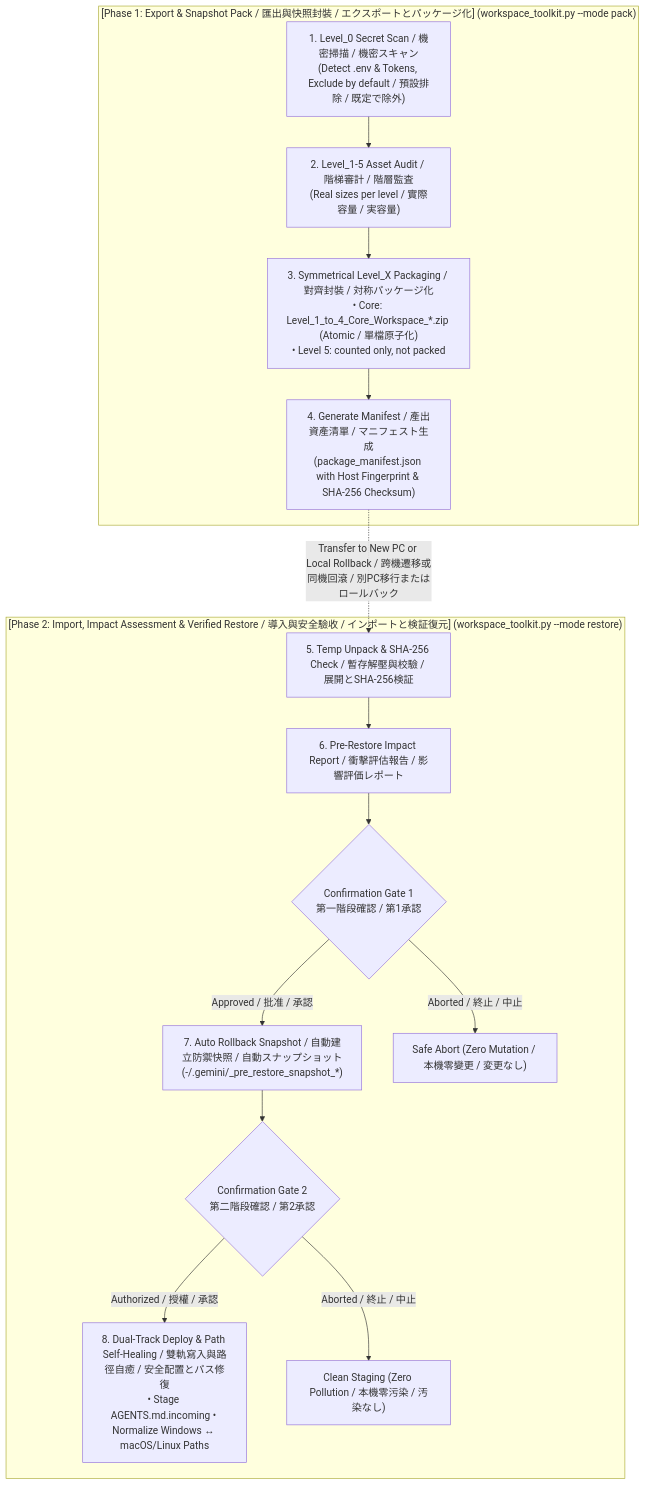
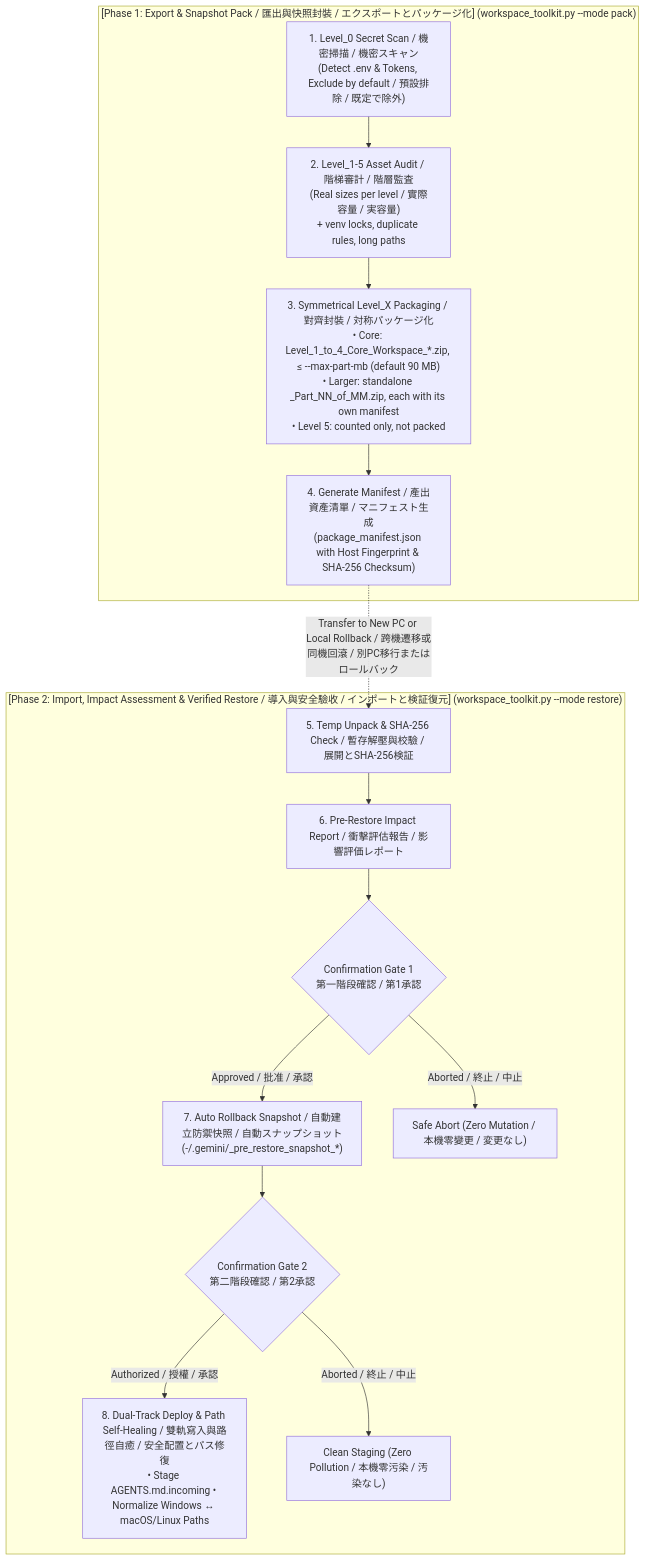
The diagram in README_ja.md (ycaistudio/universal-agent-workspace-toolkit), drawn with Mermaid before and after one commit. The commit also changed other lines of this file and 17 other files, not shown here.

Commit message:
v2.3.0: part cap and standalone parts, name-only secret gate, venv locks, duplicate and long-path warnings, no-overwrite naming, model weights to Level 5

````diff
--- a/README_ja.md
+++ b/README_ja.md
@@ -129,20 +151,20 @@
 ```mermaid
 flowchart TD
     subgraph T0 ["[Phase 1: Export & Snapshot Pack / 匯出與快照封裝 / エクスポートとパッケージ化] (workspace_toolkit.py --mode pack)"]
-        Scan["1. Level_0 Secret Scan / 機密掃描 / 機密スキャン<br>(Detect .env & Tokens, Exclude by default / 預設排除 / 既定で除外)"] --> Audit["2. Level_1-5 Asset Audit / 階梯審計 / 階層監査<br>(Real sizes per level / 實際容量 / 実容量)"]
-        Audit --> Pack["3. Symmetrical Level_X Packaging / 對齊封裝 / 対称パッケージ化<br>• Core: Level_1_to_4_Core_Workspace_*.zip (Atomic / 單檔原子化)<br>• Level 5: counted only, not packed"]
+        Scan["1. Level_0 Secret Scan / 機密掃描 / 機密スキャン<br>(Detect .env & Tokens, Exclude by default / 預設排除 / 既定で除外)"] --> Audit["2. Level_1-5 Asset Audit / 階梯審計 / 階層監査<br>(Real sizes per level / 實際容量 / 実容量)<br>+ venv locks, duplicate rules, long paths"]
+        Audit --> Pack["3. Symmetrical Level_X Packaging / 對齊封裝 / 対称パッケージ化<br>• Core: Level_1_to_4_Core_Workspace_*.zip, ≤ --max-part-mb (default 90 MB)<br>• Larger: standalone _Part_NN_of_MM.zip, each with its own manifest<br>• Level 5: counted only, not packed"]
         Pack --> Manifest["4. Generate Manifest / 產出資產清單 / マニフェスト生成<br>(package_manifest.json with Host Fingerprint & SHA-256 Checksum)"]
     end
 
     subgraph T1 ["[Phase 2: Import, Impact Assessment & Verified Restore / 導入與安全驗收 / インポートと検証復元] (workspace_toolkit.py --mode restore)"]
         Unpack["5. Temp Unpack & SHA-256 Check / 暫存解壓與校驗 / 展開とSHA-256検証"] --> Impact["6. Pre-Restore Impact Report / 衝擊評估報告 / 影響評価レポート"]
         Impact --> Gate1{"Confirmation Gate 1<br>第一階段確認 / 第1承認"}
         Gate1 -- Approved / 批准 / 承認 --> Snap["7. Auto Rollback Snapshot / 自動建立防禦快照 / 自動スナップショット<br>(-/.gemini/_pre_restore_snapshot_*)"]
         Gate1 -- Aborted / 終止 / 中止 --> Abort1["Safe Abort (Zero Mutation / 本機零變更 / 変更なし)"]
         Snap --> Gate2{"Confirmation Gate 2<br>第二階段確認 / 第2承認"}
         Gate2 -- Authorized / 授權 / 承認 --> Restore["8. Dual-Track Deploy & Path Self-Healing / 雙軌寫入與路徑自癒 / 安全配置とパス修復<br>• Stage AGENTS.md.incoming • Normalize Windows ↔ macOS/Linux Paths"]
         Gate2 -- Aborted / 終止 / 中止 --> Abort2["Clean Staging (Zero Pollution / 本機零污染 / 汚染なし)"]
     end
 
     Manifest -.->|Transfer to New PC or Local Rollback / 跨機遷移或同機回滾 / 別PC移行またはロールバック| Unpack
 ```
````
